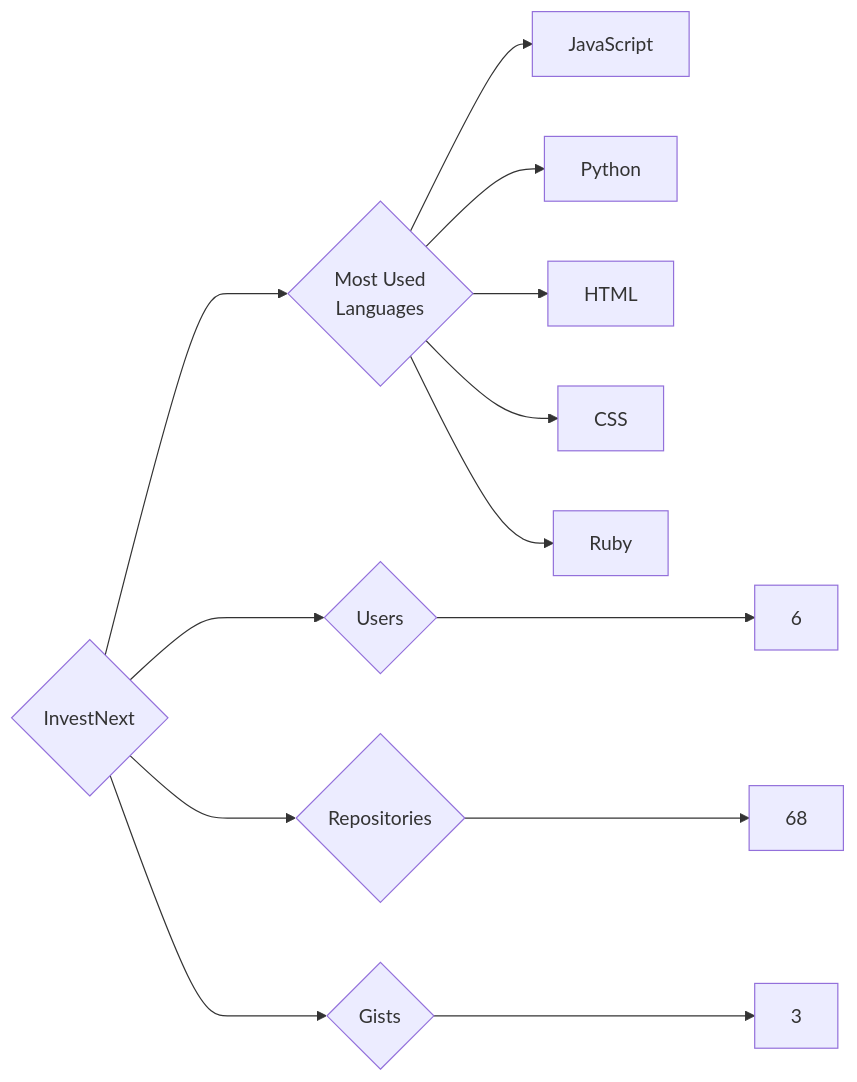
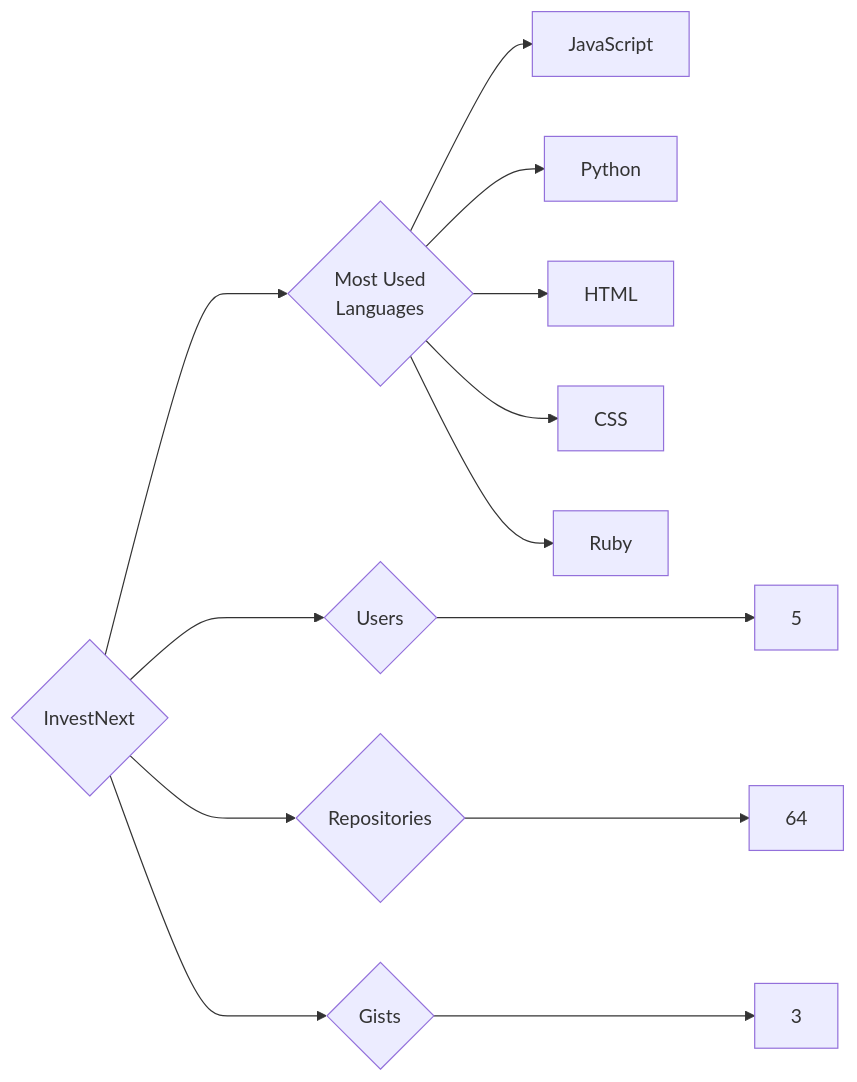
Before and after one commit to trickest/insiders: the diagram in targets/InvestNext/README.md, drawn with Mermaid. The commit also changed 934 other files, not shown here.

````diff
--- a/targets/InvestNext/README.md
+++ b/targets/InvestNext/README.md
@@ -3,13 +3,13 @@
 ```mermaid
 graph LR
 COMPANY_NAME{InvestNext}
-COMPANY_NAME ---> U{Users} ---> UN[6]
-COMPANY_NAME ---> R{Repositories} ---> RN[68]
+COMPANY_NAME ---> U{Users} ---> UN[5]
+COMPANY_NAME ---> R{Repositories} ---> RN[64]
 COMPANY_NAME ---> G{Gists} ---> GN[3]
 COMPANY_NAME ---> ML{Most Used<br>Languages}
 ML --> JavaScript[JavaScript]
 ML --> Python[Python]
 ML --> HTML[HTML]
 ML --> CSS[CSS]
 ML --> Ruby[Ruby]
 ```
````
